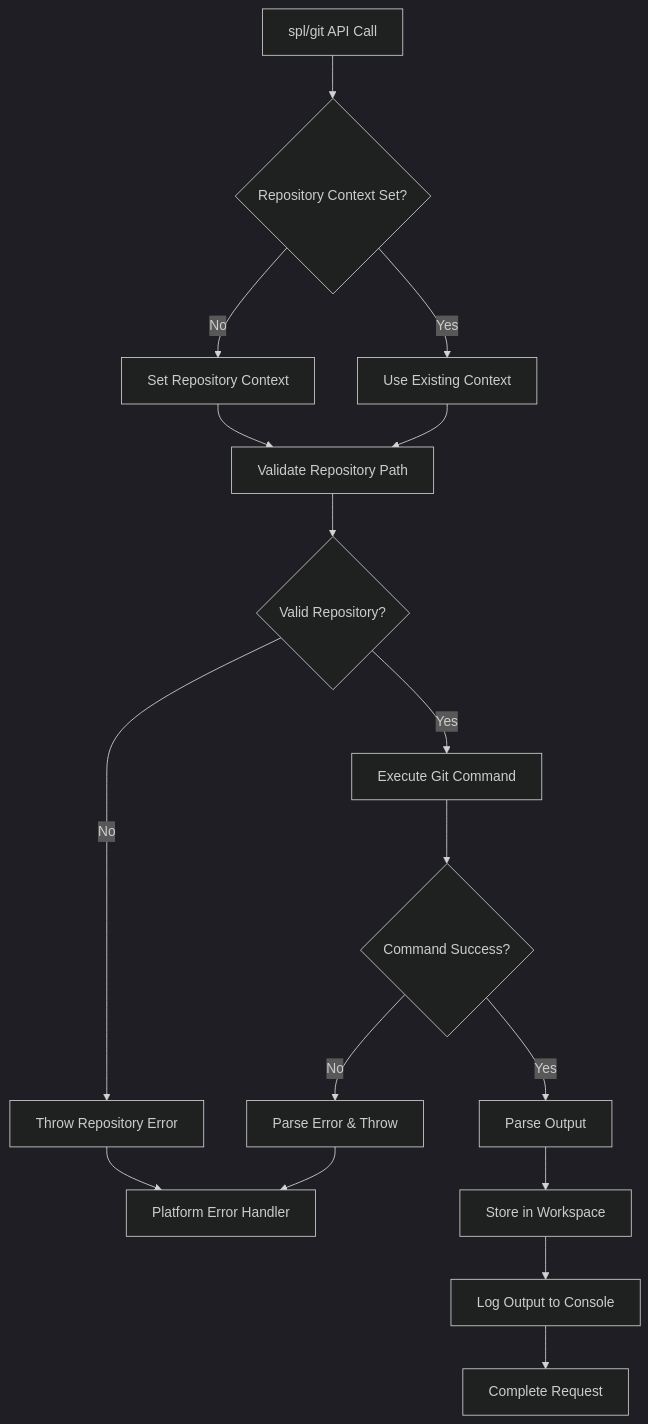
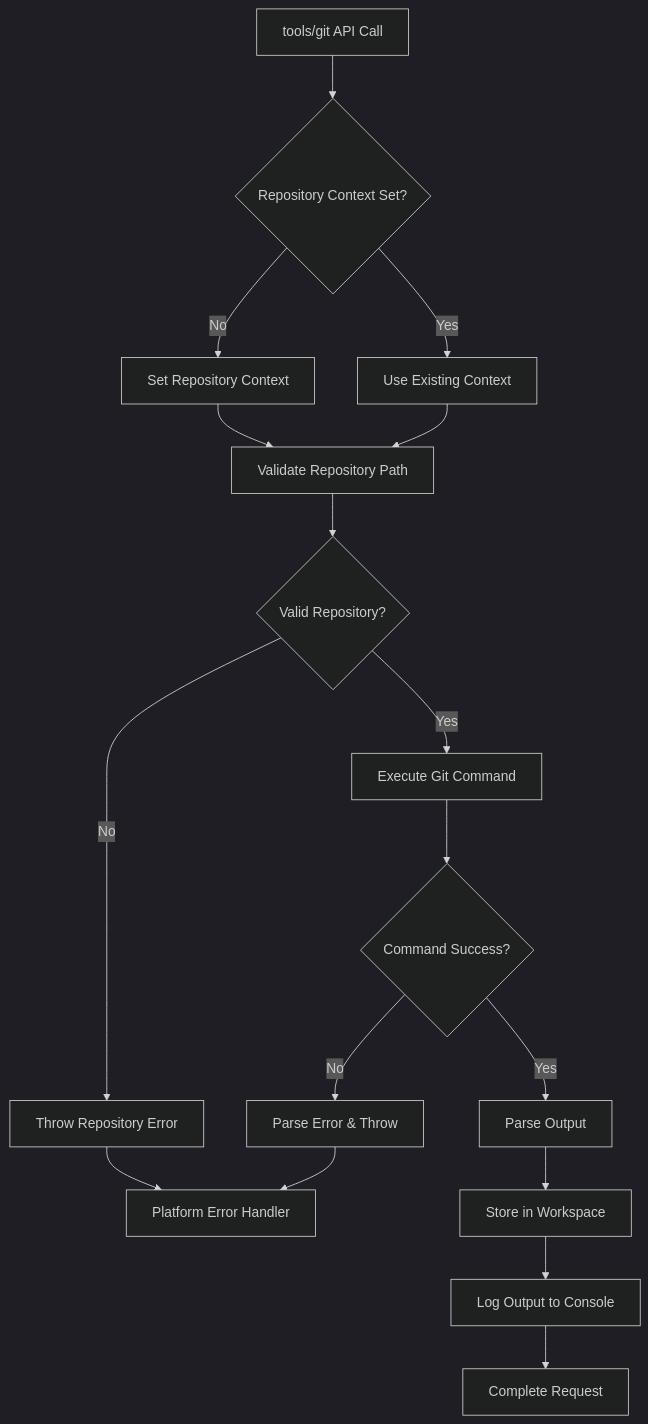
The diagram in docs/spl-git-api-design.md (SPlectrum/spl), drawn with Mermaid (dark theme) before and after one commit. The commit also changed other lines of this file and 65 other files, not shown here.

Commit message:
moved spl/git api to tools/git and completed implementation

````diff
--- a/docs/spl-git-api-design.md
+++ b/docs/spl-git-api-design.md
@@ -156,19 +156,19 @@
 ```mermaid
 graph TD
-    A[spl/git API Call] --> B{Repository Context Set?}
+    A[tools/git API Call] --> B{Repository Context Set?}
     B -->|No| C[Set Repository Context]
     B -->|Yes| D[Use Existing Context]
     C --> E[Validate Repository Path]
     D --> E
     E --> F{Valid Repository?}
     F -->|No| G[Throw Repository Error]
     F -->|Yes| H[Execute Git Command]
     H --> I{Command Success?}
     I -->|No| J[Parse Error & Throw]
     I -->|Yes| K[Parse Output]
     K --> L[Store in Workspace]
     L --> M[Log Output to Console]
     M --> N[Complete Request]
     G --> O[Platform Error Handler]
     J --> O
 ```
````
